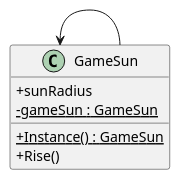
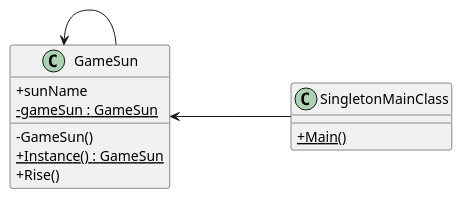
Before and after one commit to recepkaraca/DesignPatternsCourse: the diagram in UML_Class_diagram/singleton/Singleton.plantuml, drawn with PlantUML. The commit also changed 13 other files, not shown here.

Commit message:
Change singleton uml

```diff
--- a/UML_Class_diagram/singleton/Singleton.plantuml
+++ b/UML_Class_diagram/singleton/Singleton.plantuml
@@ -1,16 +1,22 @@
 @startuml scenario_uml
 skinparam classAttributeIconSize 0
 left to right direction
 
 class GameSun{
-    +sunRadius
+    +sunName
     {static} -gameSun : GameSun
+    -GameSun()
     {static} +Instance() : GameSun
     +Rise()
 }
 
+class SingletonMainClass{
+    {static} +Main()
+}
+
 
 GameSun <-- GameSun
+GameSun  <--- SingletonMainClass
 
 
 @enduml
```
